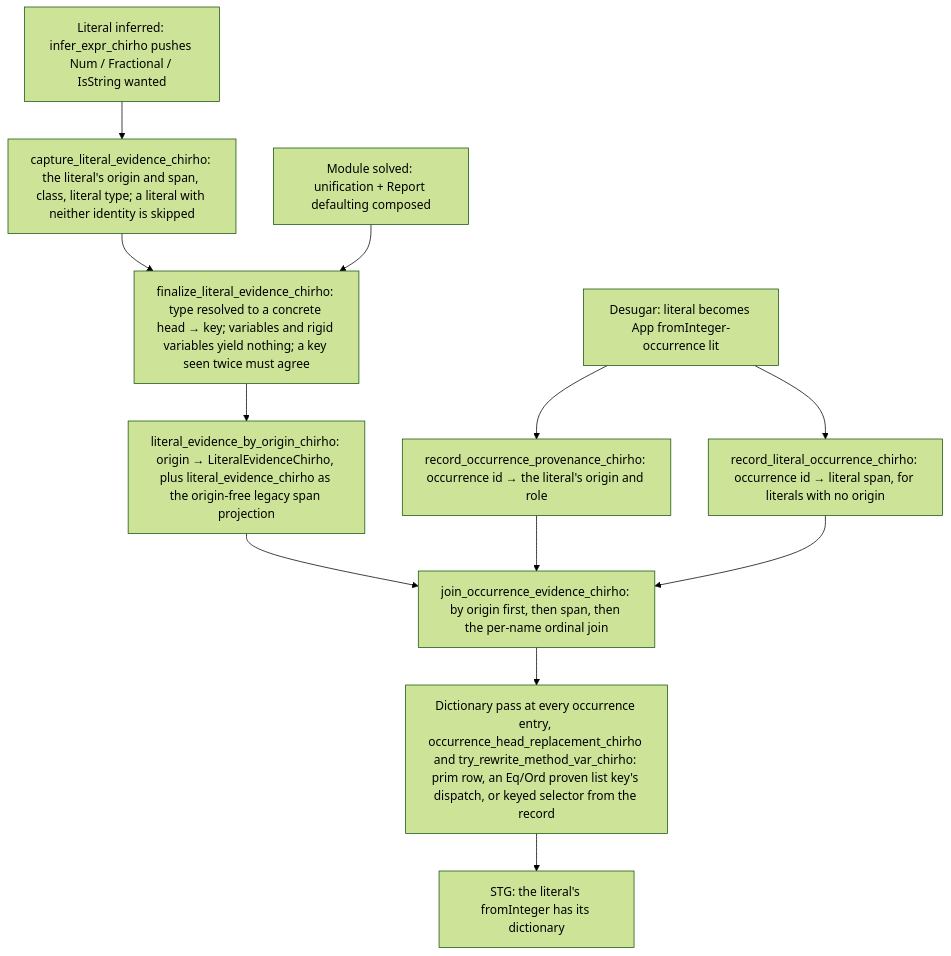
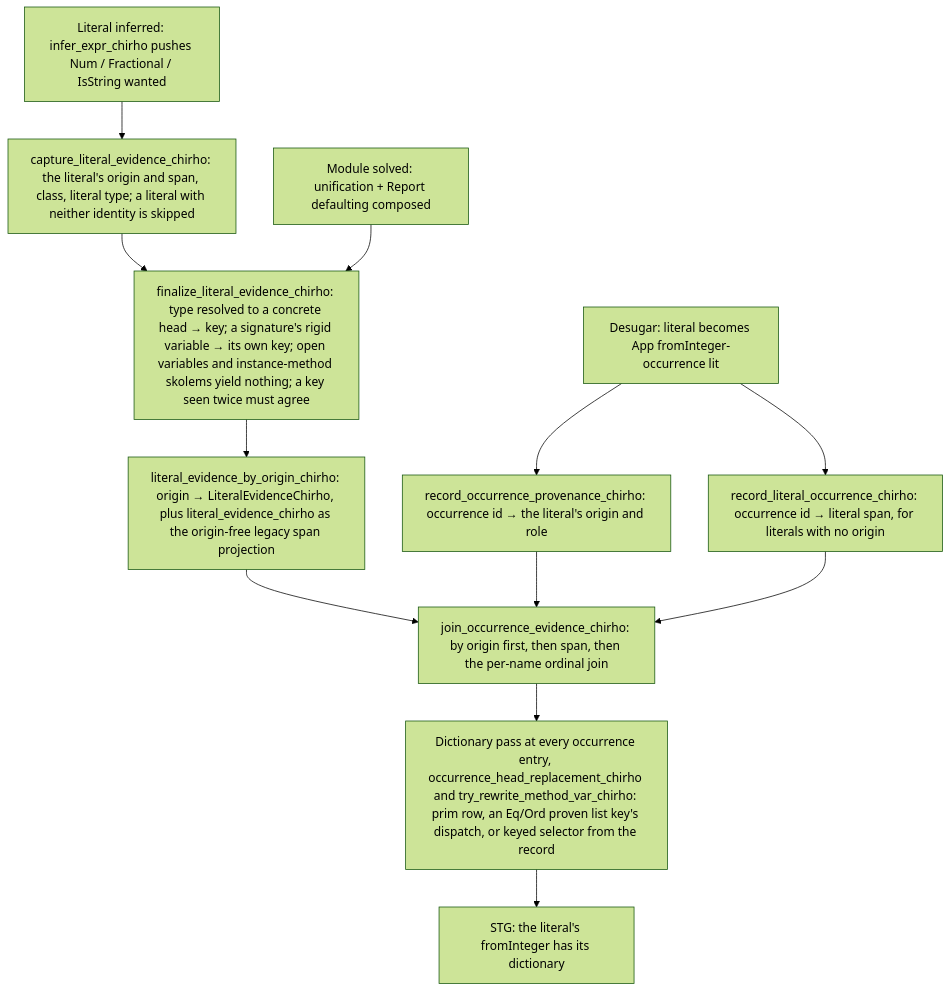
Before and after one commit to loveJesus/haskelujah-chirho: the first of 12 diagrams in spec-chirho/workflows-chirho/language-features-chirho/dictionary-evidence-chirho.md, drawn with Mermaid (forest theme). The commit also changed other lines of this file and 3 other files, not shown here.

````diff
--- a/spec-chirho/workflows-chirho/language-features-chirho/dictionary-evidence-chirho.md
+++ b/spec-chirho/workflows-chirho/language-features-chirho/dictionary-evidence-chirho.md
@@ -12,17 +12,17 @@
 ```mermaid
 flowchart TD
     lit_chirho[Literal inferred: infer_expr_chirho pushes Num / Fractional / IsString wanted]
     lit_chirho --> capture_chirho[capture_literal_evidence_chirho: the literal's origin and span, class, literal type; a literal with neither identity is skipped]
     solve_chirho[Module solved: unification + Report defaulting composed]
-    capture_chirho --> finalize_chirho[finalize_literal_evidence_chirho: type resolved to a concrete head → key; variables and rigid variables yield nothing; a key seen twice must agree]
+    capture_chirho --> finalize_chirho[finalize_literal_evidence_chirho: type resolved to a concrete head → key; a signature's rigid variable → its own key; open variables and instance-method skolems yield nothing; a key seen twice must agree]
     solve_chirho --> finalize_chirho
     finalize_chirho --> result_chirho[literal_evidence_by_origin_chirho: origin → LiteralEvidenceChirho, plus literal_evidence_chirho as the origin-free legacy span projection]
     desugar_chirho[Desugar: literal becomes App fromInteger-occurrence lit]
     desugar_chirho --> prov_chirho[record_occurrence_provenance_chirho: occurrence id → the literal's origin and role]
     desugar_chirho --> spans_chirho[record_literal_occurrence_chirho: occurrence id → literal span, for literals with no origin]
     result_chirho --> join_chirho[join_occurrence_evidence_chirho: by origin first, then span, then the per-name ordinal join]
     prov_chirho --> join_chirho
     spans_chirho --> join_chirho
     join_chirho --> pass_chirho[Dictionary pass at every occurrence entry, occurrence_head_replacement_chirho and try_rewrite_method_var_chirho: prim row, an Eq/Ord proven list key's dispatch, or keyed selector from the record]
     pass_chirho --> stg_chirho[STG: the literal's fromInteger has its dictionary]
 ```
````
